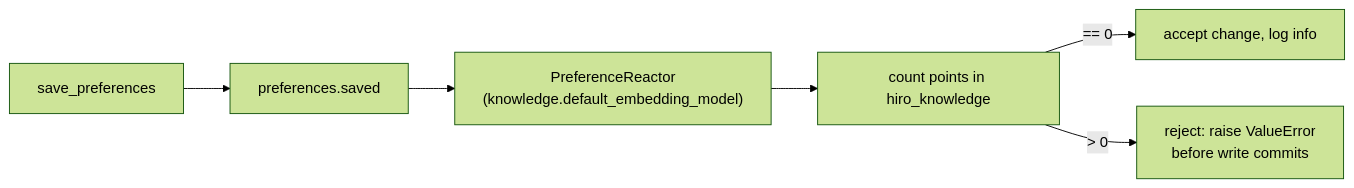
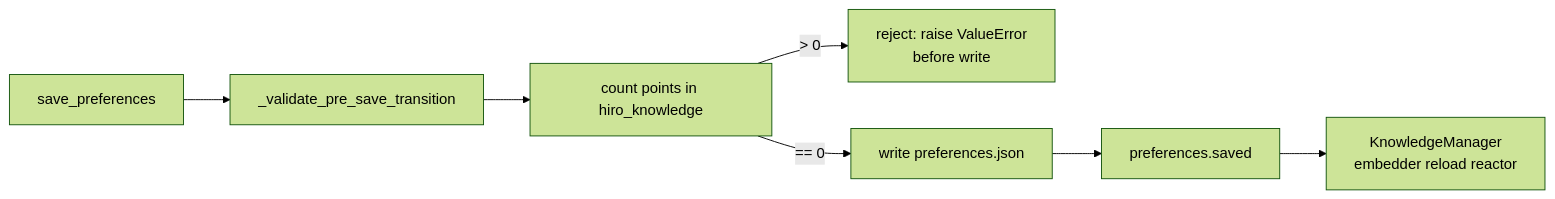
One commit to hiro-league/hiroleague changed the third of 3 diagrams in docs/knowledge-service-v1-design.md. Above: the diagram before and after it, drawn with Mermaid (forest theme). The commit also changed other lines of this file and 144 other files, not shown here.

````diff
--- a/docs/knowledge-service-v1-design.md
+++ b/docs/knowledge-service-v1-design.md
@@ -332,8 +347,9 @@
 ```mermaid
 flowchart LR
-    Save["save_preferences"] --> Bus["preferences.saved"]
-    Bus --> React["PreferenceReactor<br/>(knowledge.default_embedding_model)"]
-    React --> Count["count points in hiro_knowledge"]
-    Count -->|"== 0"| Allow["accept change, log info"]
-    Count -->|"> 0"| Reject["reject: raise ValueError<br/>before write commits"]
+    Save["save_preferences"] --> Validate["_validate_pre_save_transition"]
+    Validate --> Count["count points in hiro_knowledge"]
+    Count -->|"> 0"| Reject["reject: raise ValueError<br/>before write"]
+    Count -->|"== 0"| Write["write preferences.json"]
+    Write --> Bus["preferences.saved"]
+    Bus --> Reload["KnowledgeManager<br/>embedder reload reactor"]
 ```
````
